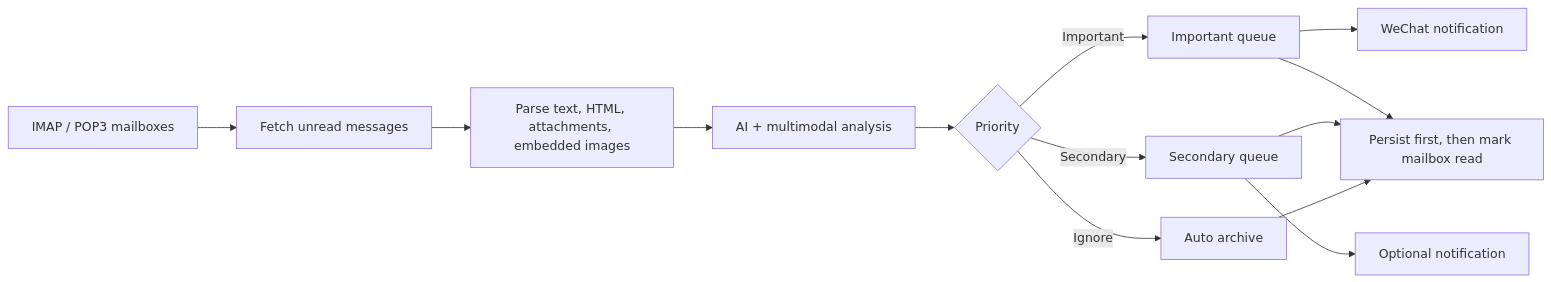
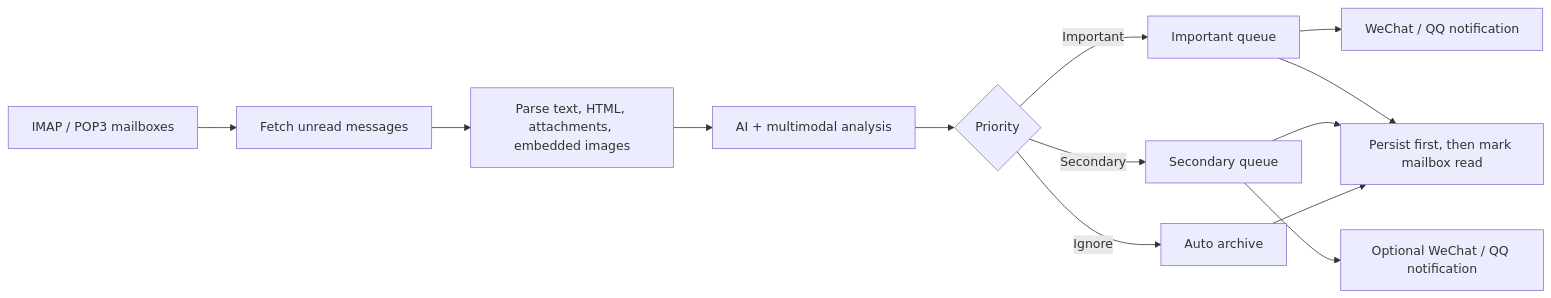
Before and after one commit to Ha22yX/auto-email-system: the diagram in README.md, drawn with Mermaid. The commit also changed other lines of this file and 2 other files, not shown here.

````diff
--- a/README.md
+++ b/README.md
@@ -155,15 +156,15 @@
 ```mermaid
 flowchart LR
   A["IMAP / POP3 mailboxes"] --> B["Fetch unread messages"]
   B --> C["Parse text, HTML, attachments, embedded images"]
   C --> D["AI + multimodal analysis"]
   D --> E{"Priority"}
   E -->|Important| F["Important queue"]
   E -->|Secondary| G["Secondary queue"]
   E -->|Ignore| H["Auto archive"]
-  F --> I["WeChat notification"]
-  G --> J["Optional notification"]
+  F --> I["WeChat / QQ notification"]
+  G --> J["Optional WeChat / QQ notification"]
   F --> K["Persist first, then mark mailbox read"]
   G --> K
   H --> K
 ```
````
